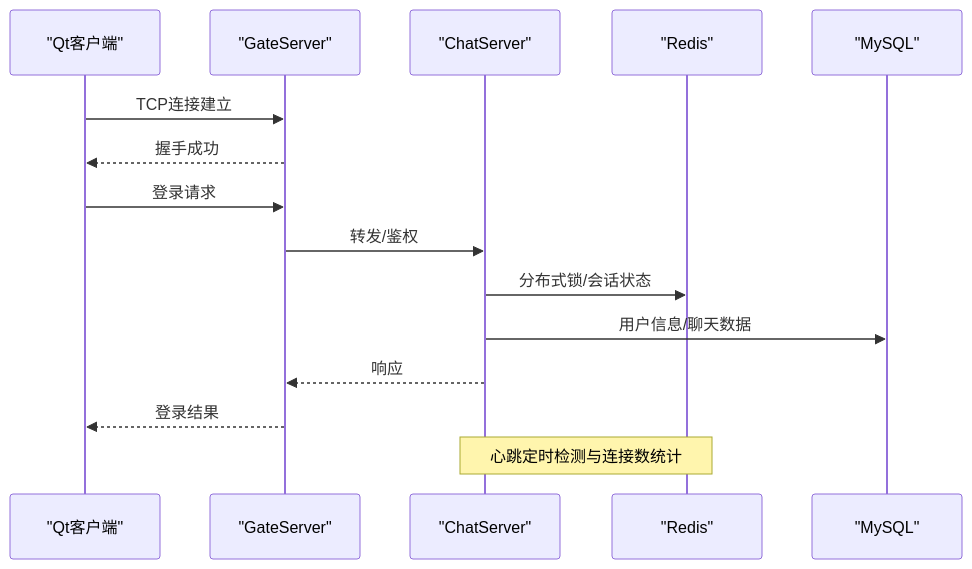
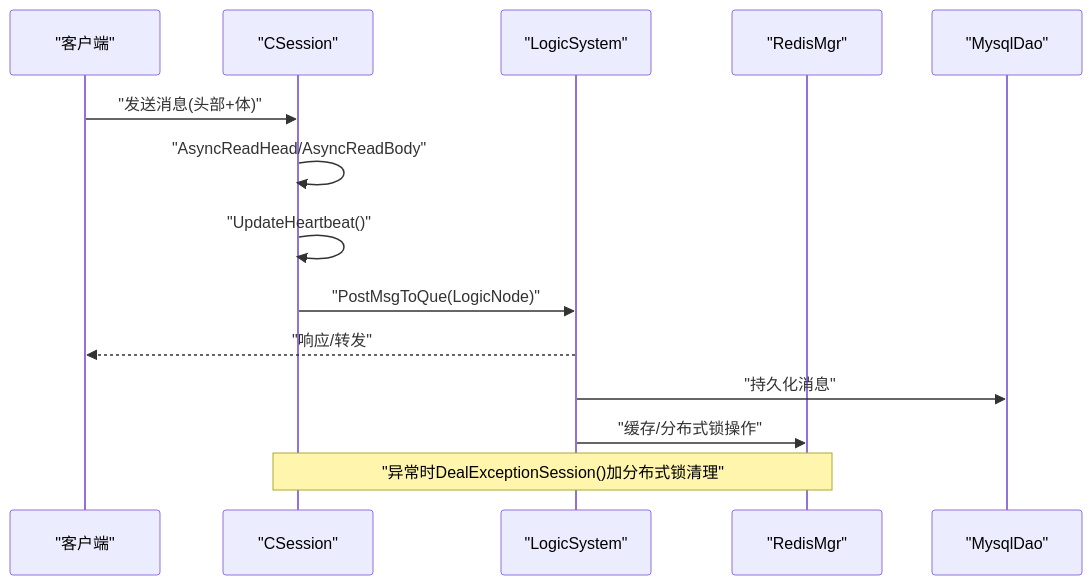
The second of 9 diagrams in .qoder/repowiki/zh/content/故障排查/故障排查.md (echo9923/mychatter), drawn with Mermaid before and after one commit. The commit also changed other lines of this file and 526 other files, not shown here.

Commit message:
docs: 为ChatServer所有头文件添加详细Doxygen注释 - 为18个头文件的类、函数、成员变量添加完整的中文注释 - 包含类职责说明、参数描述、返回值说明 - 涵盖AsioIOServicePool/CServer/CSession/LogicSystem等核心模块 - 同时更新GateServer的VerifyGrpcClient.h注释

````diff
--- a/.qoder/repowiki/zh/content/故障排查/故障排查.md
+++ b/.qoder/repowiki/zh/content/故障排查/故障排查.md
@@ -101,17 +105,16 @@
 ```mermaid
 sequenceDiagram
-participant Client as "Qt客户端"
-participant Gate as "GateServer"
-participant Chat as "ChatServer"
-participant Redis as "Redis"
-participant MySQL as "MySQL"
-Client->>Gate : TCP连接建立
-Gate-->>Client : 握手成功
-Client->>Gate : 登录请求
-Gate->>Chat : 转发/鉴权
-Chat->>Redis : 分布式锁/会话状态
-Chat->>MySQL : 用户信息/聊天数据
-Chat-->>Gate : 响应
-Gate-->>Client : 登录结果
-Note over Chat,Redis : 心跳定时检测与连接数统计
+participant Client as "客户端"
+participant Session as "CSession"
+participant Logic as "LogicSystem"
+participant Redis as "RedisMgr"
+participant DB as "MysqlDao"
+Client->>Session : "发送消息(头部+体)"
+Session->>Session : "AsyncReadHead/AsyncReadBody"
+Session->>Session : "UpdateHeartbeat()"
+Session->>Logic : "PostMsgToQue(LogicNode)"
+Logic-->>Client : "响应/转发"
+Logic->>DB : "持久化消息"
+Logic->>Redis : "缓存/分布式锁操作"
+Note over Session,Redis : "异常时DealExceptionSession()加分布式锁清理"
 ```
````
